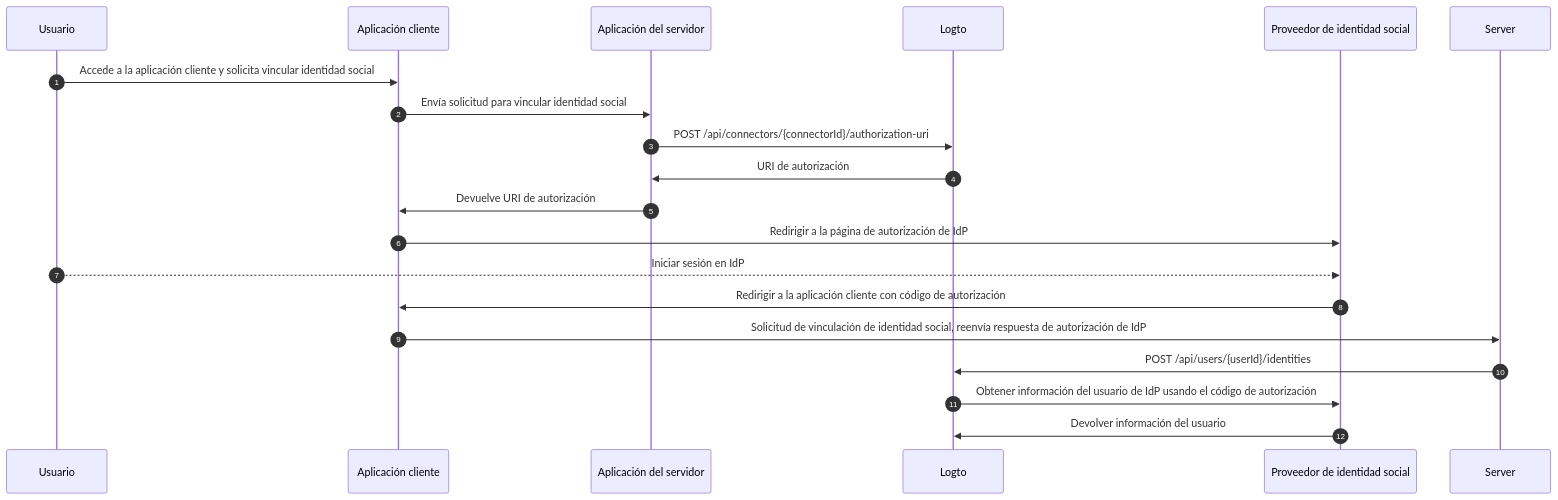
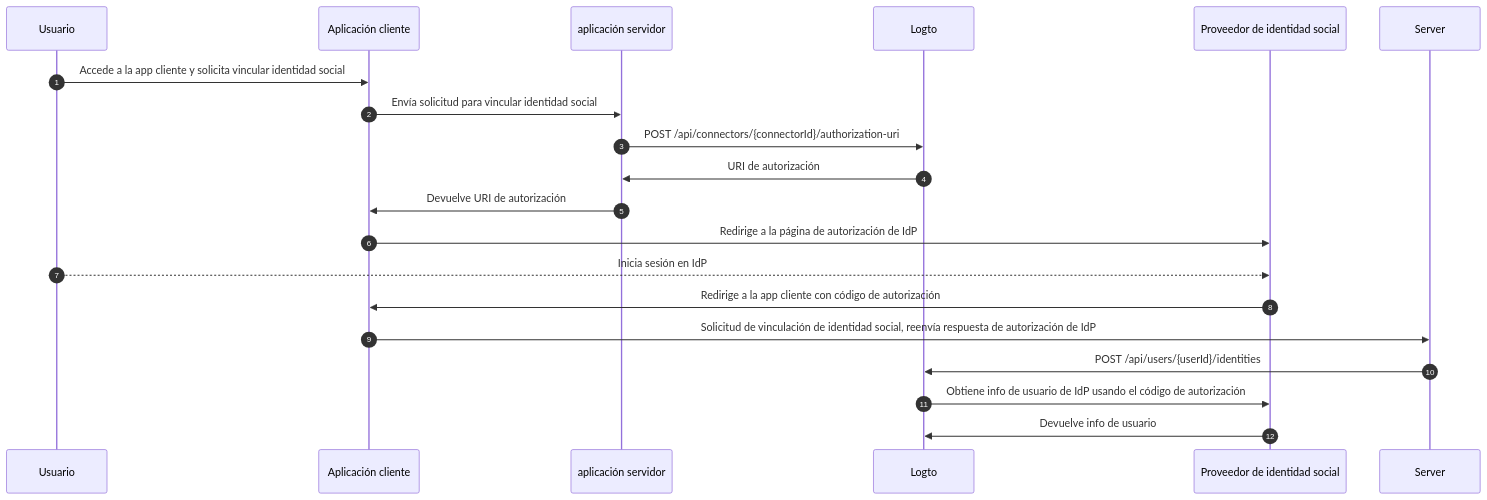
One commit to logto-io/docs changed the third of 3 diagrams in i18n/es/docusaurus-plugin-content-docs/current/end-user-flows/account-settings/by-management-api.mdx. Above: the diagram before and after it, drawn with Mermaid. The commit also changed other lines of this file and 162 other files, not shown here.

````diff
--- a/i18n/es/docusaurus-plugin-content-docs/current/end-user-flows/account-settings/by-management-api.mdx
+++ b/i18n/es/docusaurus-plugin-content-docs/current/end-user-flows/account-settings/by-management-api.mdx
@@ -120,22 +120,22 @@
 ```mermaid
 sequenceDiagram
     autoNumber
     participant User as Usuario
     participant Client as Aplicación cliente
-    participant App as Aplicación del servidor
+    participant App as aplicación servidor
     participant Logto as Logto
     participant IdP as Proveedor de identidad social
 
-    User ->> Client: Accede a la aplicación cliente y solicita vincular identidad social
+    User ->> Client: Accede a la app cliente y solicita vincular identidad social
     Client ->> App: Envía solicitud para vincular identidad social
     App ->> Logto: POST /api/connectors/{connectorId}/authorization-uri
     Logto ->> App: URI de autorización
     App ->> Client: Devuelve URI de autorización
-    Client ->> IdP: Redirigir a la página de autorización de IdP
-    User -->> IdP: Iniciar sesión en IdP
-    IdP ->> Client: Redirigir a la aplicación cliente con código de autorización
+    Client ->> IdP: Redirige a la página de autorización de IdP
+    User -->> IdP: Inicia sesión en IdP
+    IdP ->> Client: Redirige a la app cliente con código de autorización
     Client ->> Server: Solicitud de vinculación de identidad social, reenvía respuesta de autorización de IdP
     Server ->> Logto: POST /api/users/{userId}/identities
-    Logto ->> IdP: Obtener información del usuario de IdP usando el código de autorización
-    IdP ->> Logto: Devolver información del usuario
+    Logto ->> IdP: Obtiene info de usuario de IdP usando el código de autorización
+    IdP ->> Logto: Devuelve info de usuario
 ```
````
